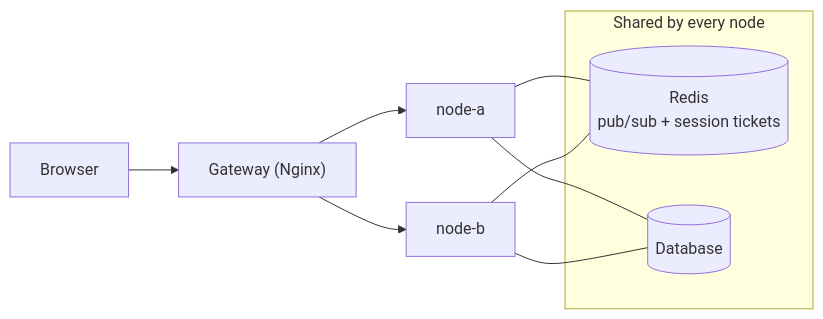
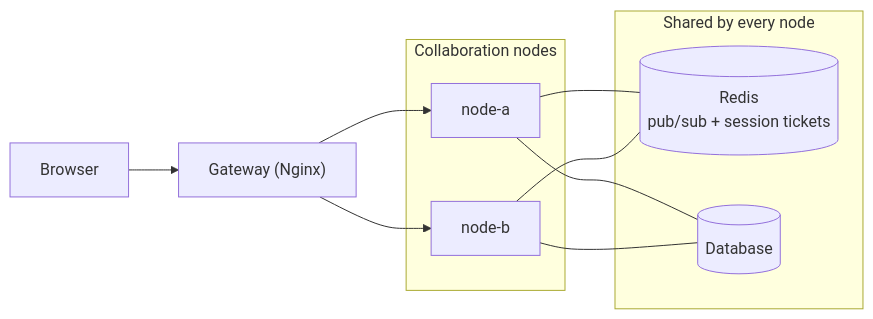
Before and after one commit to dream-num/univer-collaboration-examples: the diagram in examples/multi-node/README.md, drawn with Mermaid. The commit also changed 1 other file, not shown here.

Commit message:
docs(multi-node): group the nodes in the deployment diagram

````diff
--- a/examples/multi-node/README.md
+++ b/examples/multi-node/README.md
@@ -11,14 +11,18 @@
 ```mermaid
 flowchart LR
     Browser --> Gateway["Gateway (Nginx)"]
-    Gateway --> A["node-a"]
-    Gateway --> B["node-b"]
+    subgraph nodes["Collaboration nodes"]
+        A["node-a"]
+        B["node-b"]
+    end
+    Gateway --> A
+    Gateway --> B
     subgraph shared["Shared by every node"]
         Redis[("Redis<br/>pub/sub + session tickets")]
         DB[("Database")]
     end
     A --- Redis
     B --- Redis
     A --- DB
     B --- DB
 ```
````
